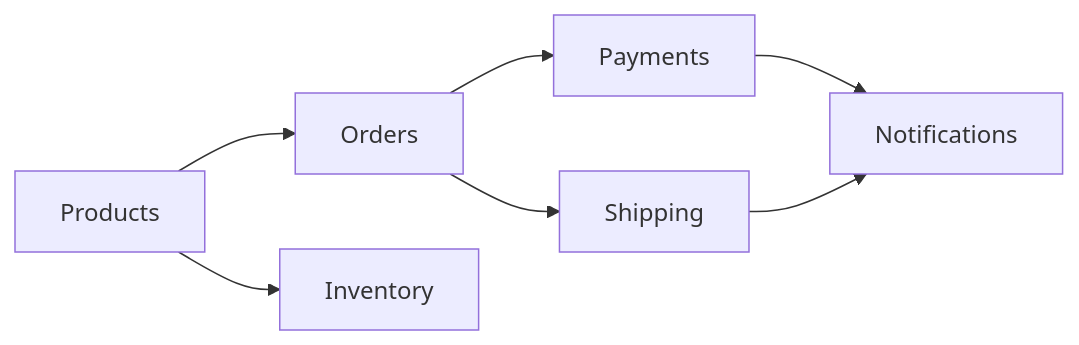
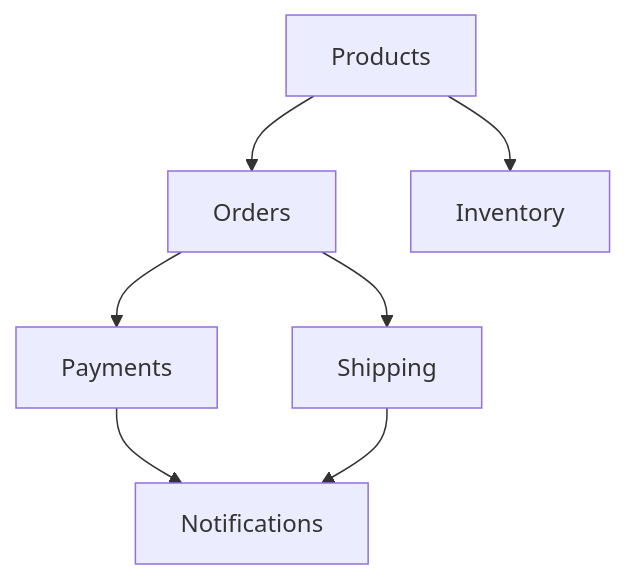
Before and after one commit to kimjj81/kimjj81.github.io: the first of 4 diagrams in source/_posts/2025-08-19-스파게티-코드는-그만-계층형-데이터-구조와-Aggregator-패턴.md, drawn with Mermaid. The commit also changed other lines of this file and 2 other files, not shown here.

````diff
--- a/source/_posts/2025-08-19-스파게티-코드는-그만-계층형-데이터-구조와-Aggregator-패턴.md
+++ b/source/_posts/2025-08-19-스파게티-코드는-그만-계층형-데이터-구조와-Aggregator-패턴.md
@@ -162,9 +162,9 @@
-```mermaid.js
-graph LR
+```mermaid
+graph
   P[Products] --> O[Orders]
   P --> I[Inventory]
   O --> Pay[Payments]
   O --> S[Shipping]
   Pay --> N[Notifications]
   S --> N
 ```
````
